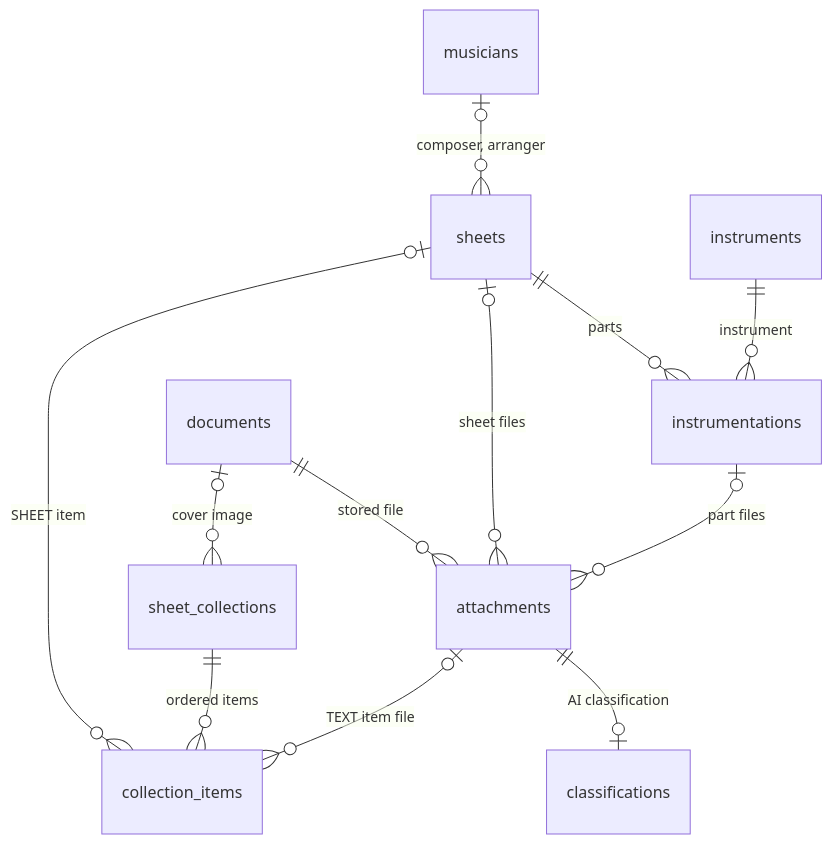
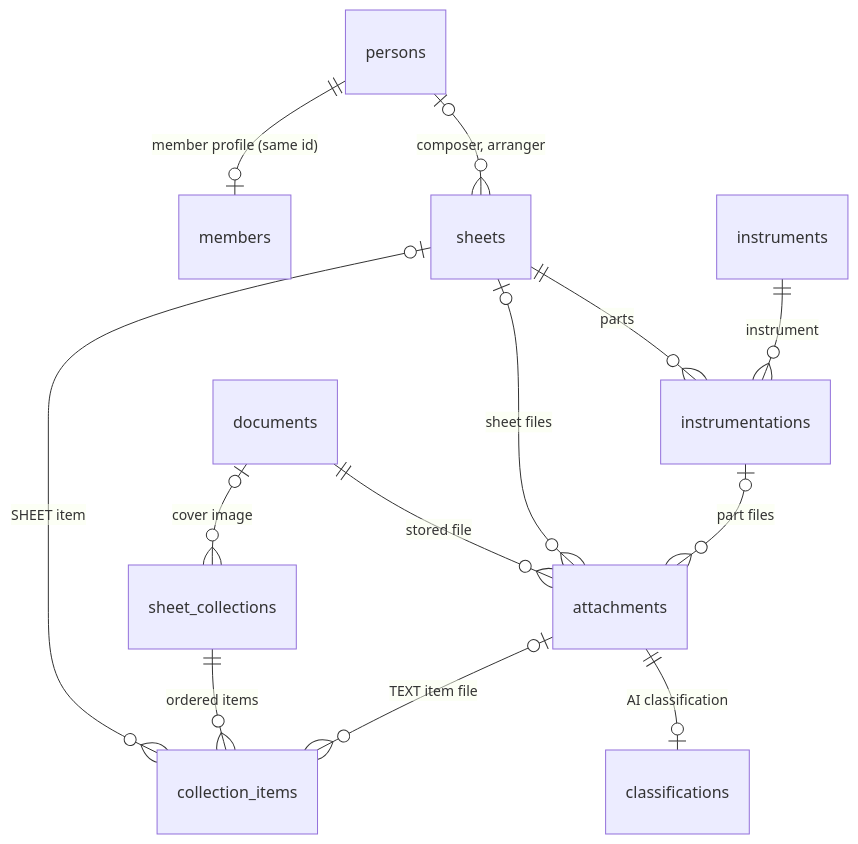
The first of 2 diagrams in docs/architecture/data-model.md (fhm84/sam), drawn with Mermaid before and after one commit. The commit also changed other lines of this file and 174 other files, not shown here.

````diff
--- a/docs/architecture/data-model.md
+++ b/docs/architecture/data-model.md
@@ -10,14 +10,15 @@
 ```mermaid
 erDiagram
-    musicians |o--o{ sheets : "composer, arranger"
+    persons |o--o{ sheets : "composer, arranger"
+    persons ||--o| members : "member profile (same id)"
     sheets ||--o{ instrumentations : "parts"
     instruments ||--o{ instrumentations : "instrument"
     sheets |o--o{ attachments : "sheet files"
     instrumentations |o--o{ attachments : "part files"
     documents ||--o{ attachments : "stored file"
     attachments ||--o| classifications : "AI classification"
     sheet_collections ||--o{ collection_items : "ordered items"
     sheets |o--o{ collection_items : "SHEET item"
     attachments |o--o{ collection_items : "TEXT item file"
     documents |o--o{ sheet_collections : "cover image"
 ```
````
